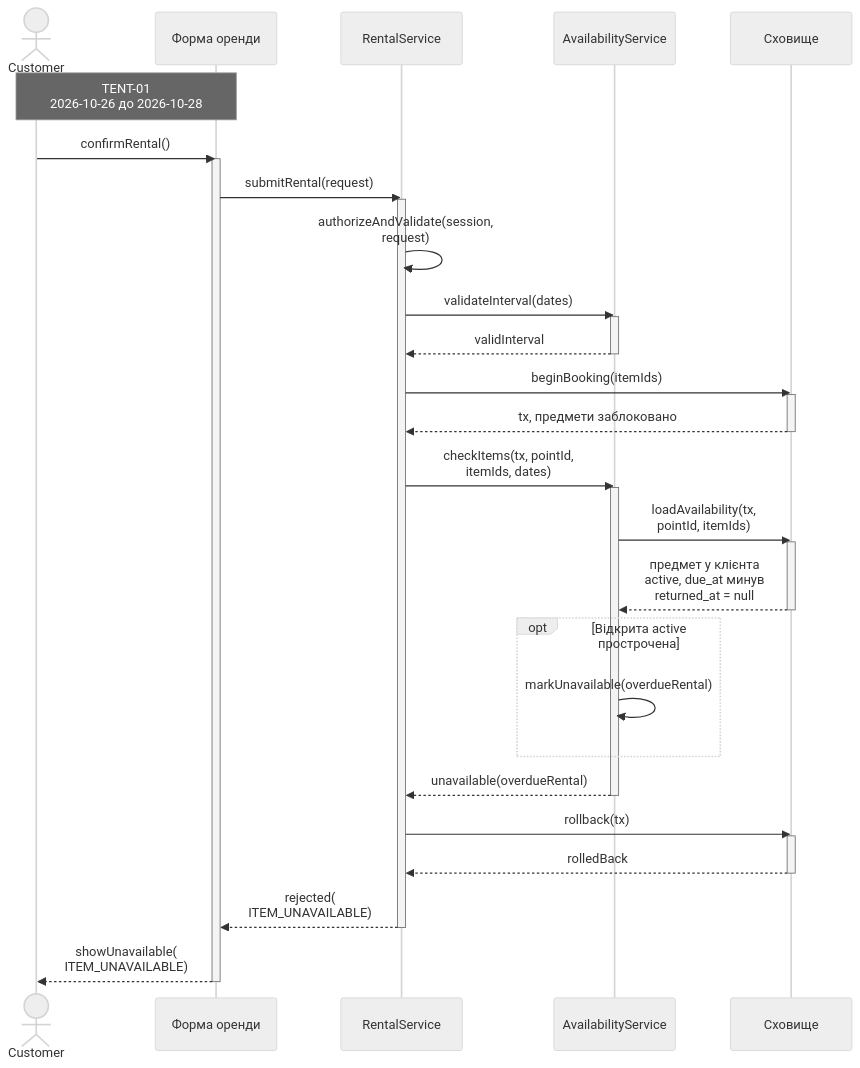
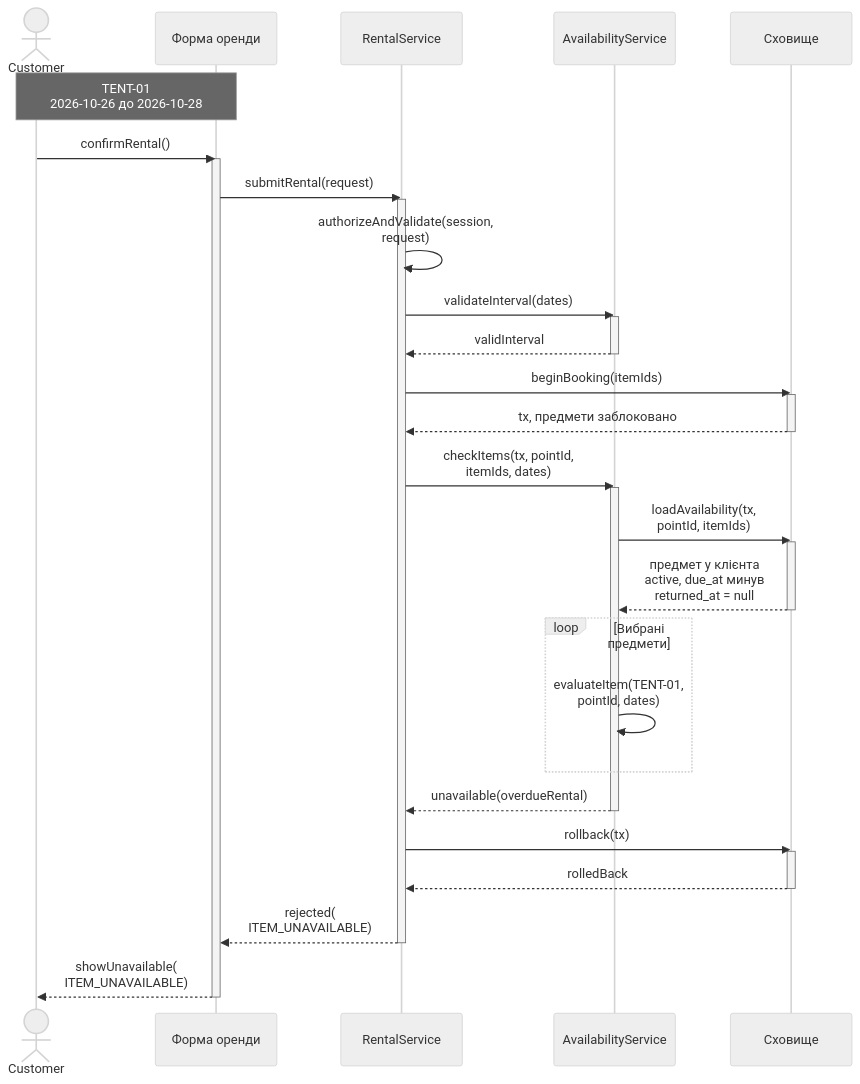
The second of 6 diagrams in Labs/lab-3/model.md (kirgafan/KPI_labs), drawn with Mermaid (neutral theme) before and after one commit. The commit also changed other lines of this file and 3 other files, not shown here.

````diff
--- a/Labs/lab-3/model.md
+++ b/Labs/lab-3/model.md
@@ -83,41 +95,41 @@
 ```mermaid
 sequenceDiagram
     actor C as Customer
     participant U as Форма оренди
     participant R as RentalService
     participant A as AvailabilityService
     participant S as Сховище
     Note over C,U: TENT-01<br/>2026-10-26 до 2026-10-28
     C->>U: confirmRental()
     activate U
     U->>R: submitRental(request)
     activate R
     R->>R: authorizeAndValidate(session,<br/>request)
     R->>A: validateInterval(dates)
     activate A
     A-->>R: validInterval
     deactivate A
     R->>S: beginBooking(itemIds)
     activate S
     S-->>R: tx, предмети заблоковано
     deactivate S
     R->>A: checkItems(tx, pointId,<br/>itemIds, dates)
     activate A
     A->>S: loadAvailability(tx,<br/>pointId, itemIds)
     activate S
     S-->>A: предмет у клієнта<br/>active, due_at минув<br/>returned_at = null
     deactivate S
-    opt Відкрита active прострочена
-        A->>A: markUnavailable(overdueRental)
+    loop Вибрані предмети
+        A->>A: evaluateItem(TENT-01,<br/>pointId, dates)
     end
     A-->>R: unavailable(overdueRental)
     deactivate A
     R->>S: rollback(tx)
     activate S
     S-->>R: rolledBack
     deactivate S
     R-->>U: rejected(<br/>ITEM_UNAVAILABLE)
     deactivate R
     U-->>C: showUnavailable(<br/>ITEM_UNAVAILABLE)
     deactivate U
 ```
````
